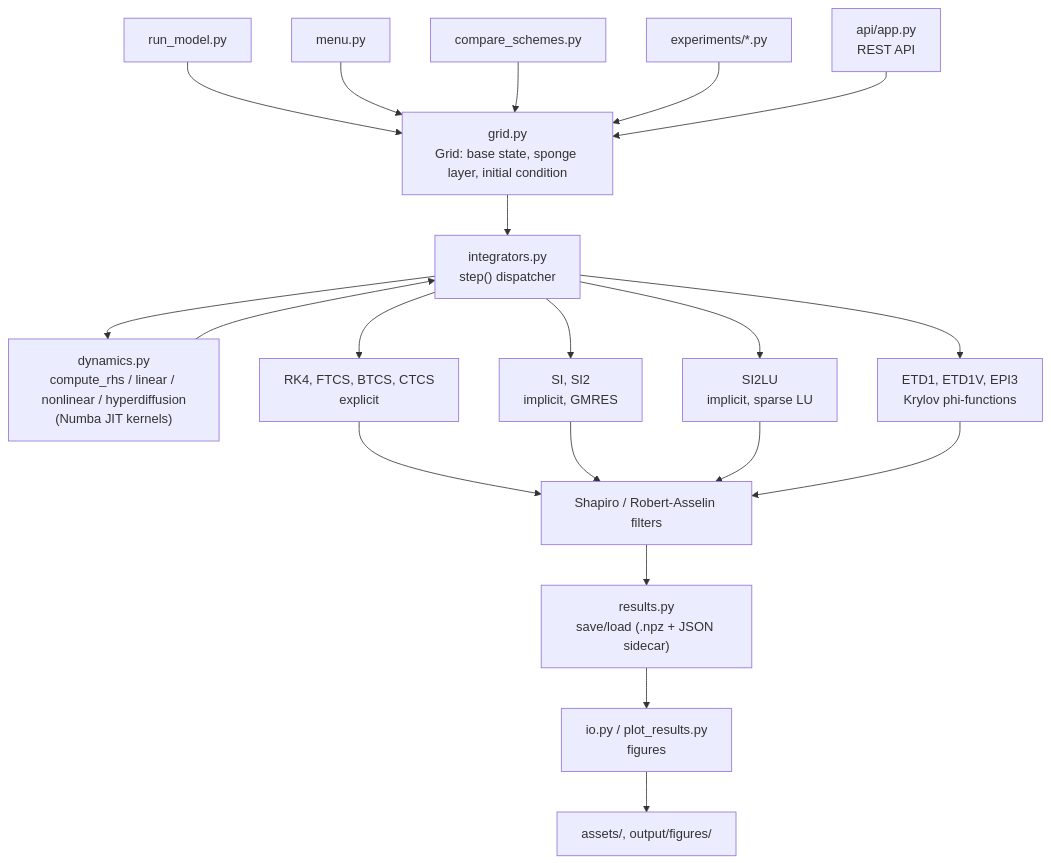
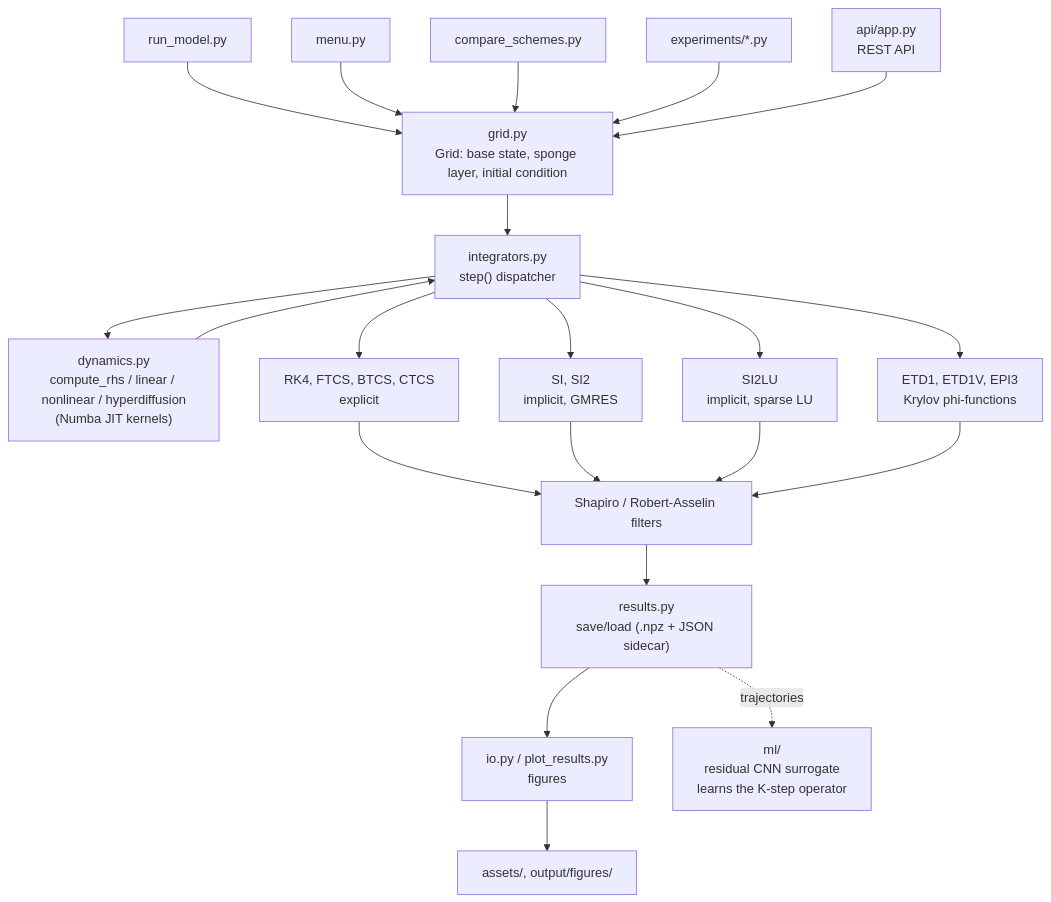
Before and after one commit to ALEN2002-py/2d-atmospheric-model: the diagram in README.md, drawn with Mermaid. The commit also changed other lines of this file and 10 other files, not shown here.

````diff
--- a/README.md
+++ b/README.md
@@ -90,38 +91,42 @@
 ```mermaid
 flowchart TD
     E1[run_model.py] --> G
     E2[menu.py] --> G
     E3[compare_schemes.py] --> G
     E4["experiments/*.py"] --> G
     E5["api/app.py
 REST API"] --> G
 
     G["grid.py
 Grid: base state, sponge layer, initial condition"] --> S
 
     S["integrators.py
 step() dispatcher"] --> D["dynamics.py
 compute_rhs / linear / nonlinear / hyperdiffusion
 (Numba JIT kernels)"]
     D --> S
 
     S --> SCH1["RK4, FTCS, BTCS, CTCS
 explicit"]
     S --> SCH2["SI, SI2
 implicit, GMRES"]
     S --> SCH3["SI2LU
 implicit, sparse LU"]
     S --> SCH4["ETD1, ETD1V, EPI3
 Krylov phi-functions"]
 
     SCH1 --> F["Shapiro / Robert-Asselin filters"]
     SCH2 --> F
     SCH3 --> F
     SCH4 --> F
 
     F --> R["results.py
 save/load (.npz + JSON sidecar)"]
     R --> P["io.py / plot_results.py
 figures"]
     P --> A["assets/, output/figures/"]
+
+    R -.trajectories.-> ML["ml/
+residual CNN surrogate
+learns the K-step operator"]
 ```
````
